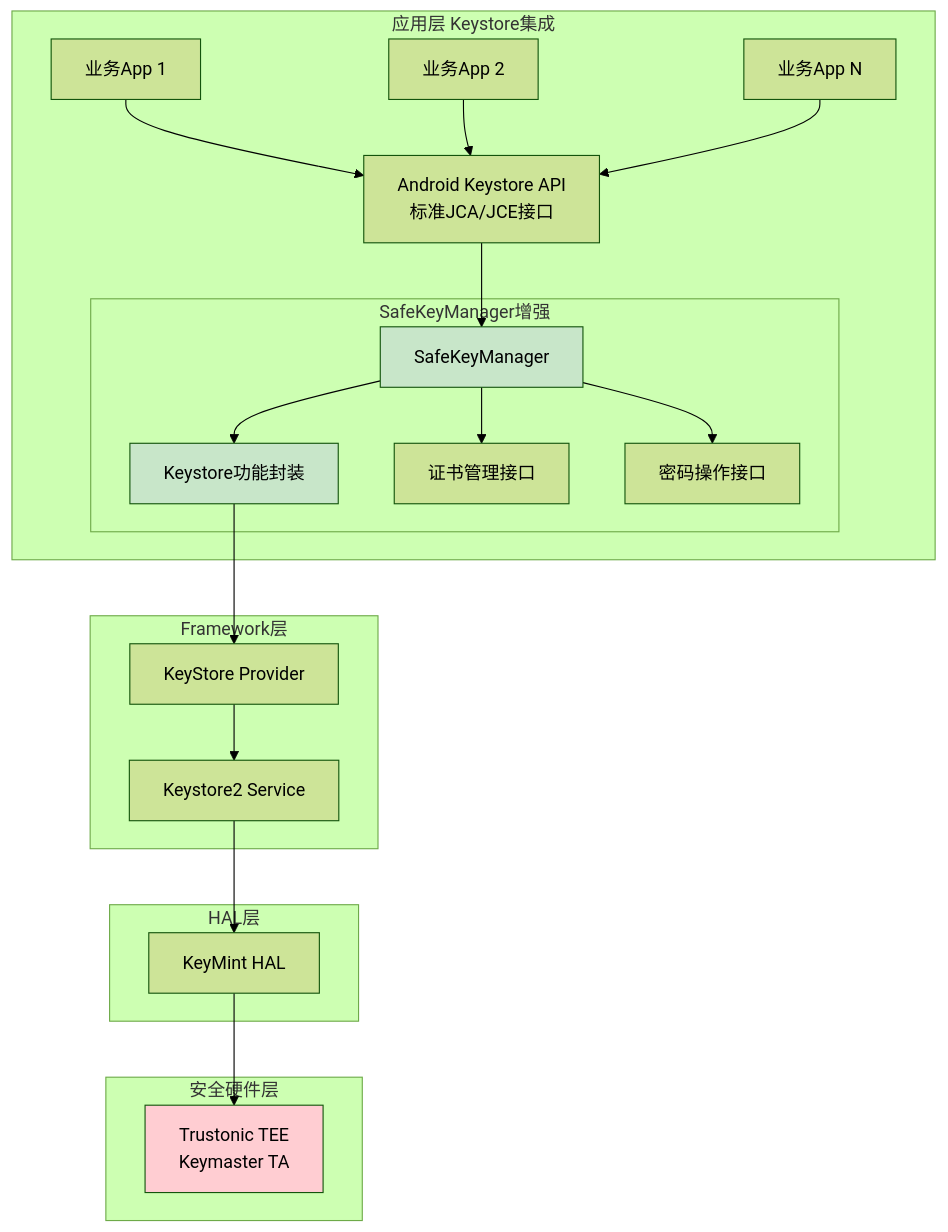
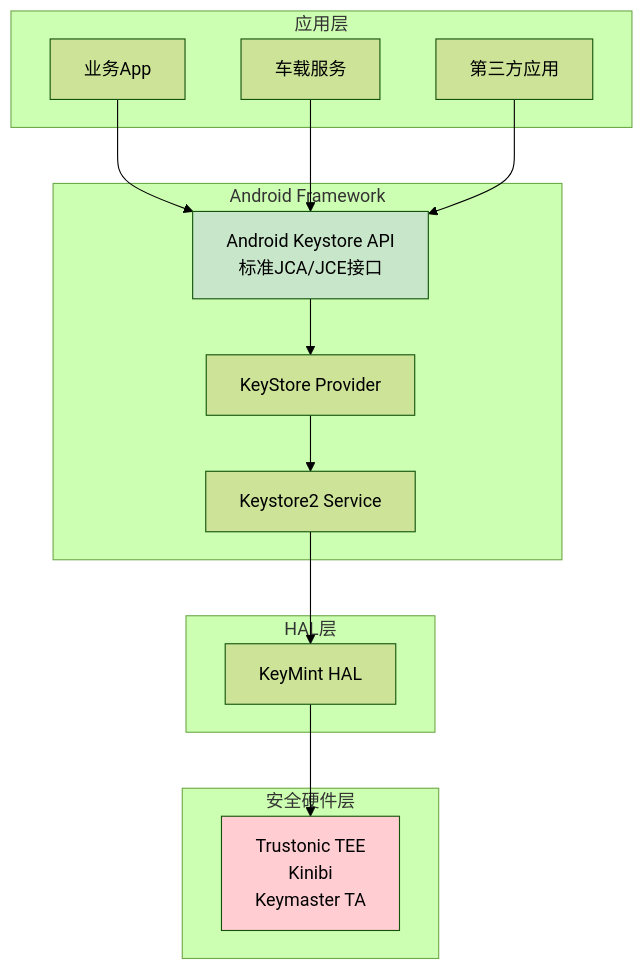
Before and after one commit to chenlehua/android-sec: diagram 20 of 32 in specs/car-mtk-platform.md, drawn with Mermaid (forest theme). The commit also changed other lines of this file and 1 other file, not shown here.

````diff
--- a/specs/car-mtk-platform.md
+++ b/specs/car-mtk-platform.md
@@ -760,46 +795,33 @@
 ```mermaid
 graph TB
-    subgraph "应用层 Keystore集成"
-        APP1["业务App 1"]
-        APP2["业务App 2"]
-        APP3["业务App N"]
-        
-        KS_API["Android Keystore API<br/>标准JCA/JCE接口"]
-        
-        subgraph "SafeKeyManager增强"
-            SKM["SafeKeyManager"]
-            SKM_KS["Keystore功能封装"]
-            SKM_CERT["证书管理接口"]
-            SKM_CRYPTO["密码操作接口"]
-        end
+    subgraph "应用层"
+        APP1["业务App"]
+        APP2["车载服务"]
+        APP3["第三方应用"]
     end
 
-    subgraph "Framework层"
+    subgraph "Android Framework"
+        KS_API["Android Keystore API<br/>标准JCA/JCE接口"]
         KSP["KeyStore Provider"]
         KS2["Keystore2 Service"]
     end
 
     subgraph "HAL层"
         KM_HAL["KeyMint HAL"]
     end
 
     subgraph "安全硬件层"
-        TEE["Trustonic TEE<br/>Keymaster TA"]
+        TEE["Trustonic TEE<br/>Kinibi<br/>Keymaster TA"]
     end
 
     APP1 --> KS_API
     APP2 --> KS_API
     APP3 --> KS_API
-    KS_API --> SKM
-    SKM --> SKM_KS
-    SKM --> SKM_CERT
-    SKM --> SKM_CRYPTO
-    SKM_KS --> KSP
+    KS_API --> KSP
     KSP --> KS2
     KS2 --> KM_HAL
     KM_HAL --> TEE
 
-    style SKM fill:#c8e6c9
-    style SKM_KS fill:#c8e6c9
+    style KS_API fill:#c8e6c9
     style TEE fill:#ffcdd2
 ```
````
